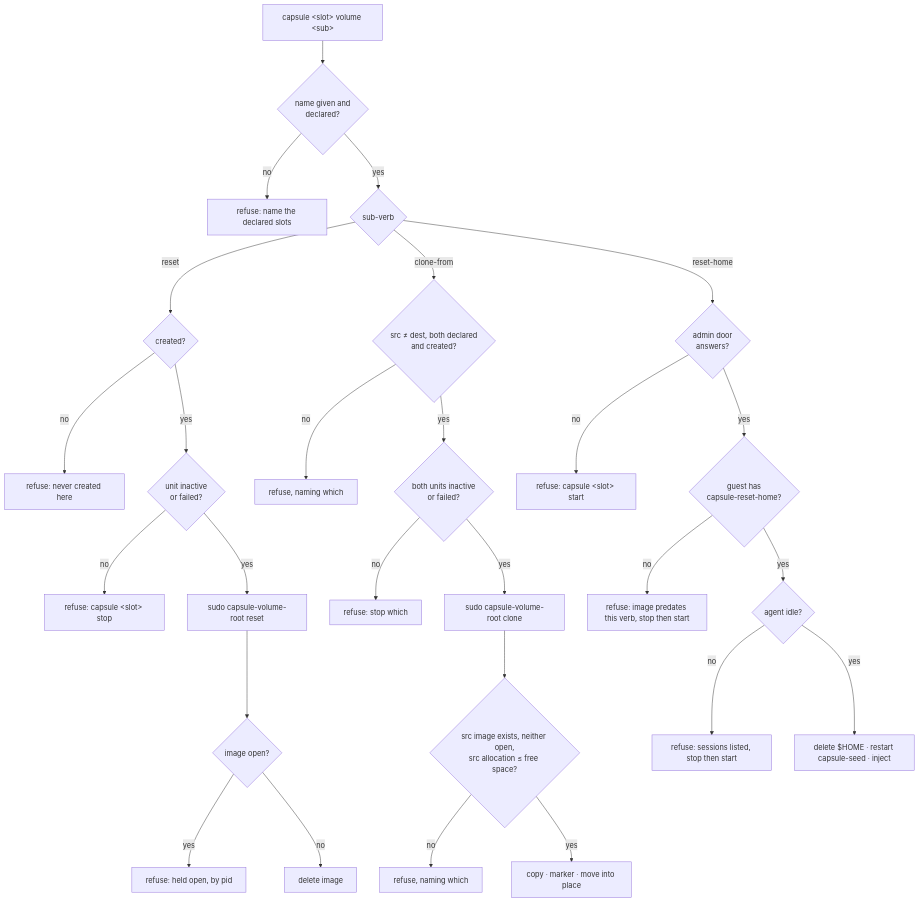
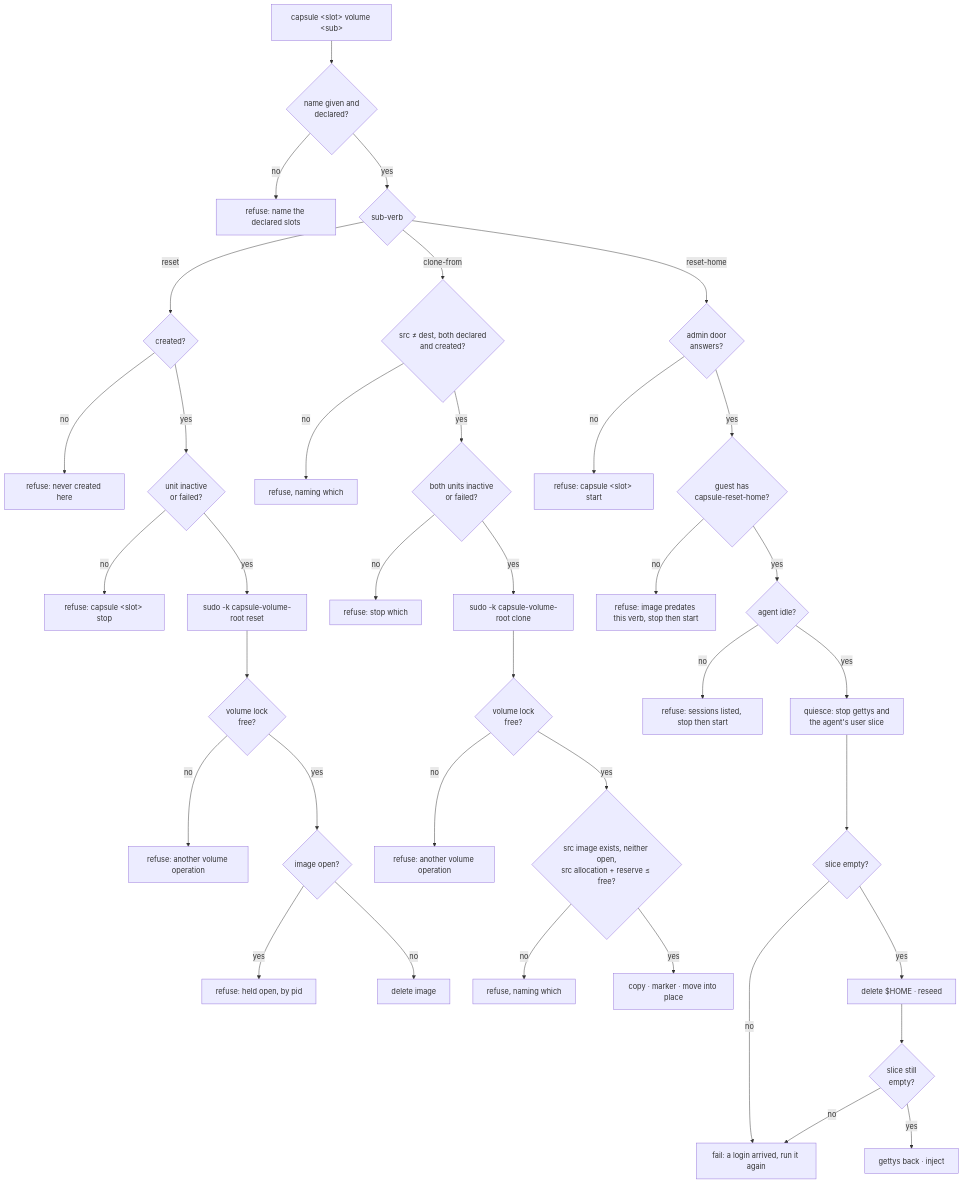
One commit to davidlee/oubliette changed the second of 3 diagrams in .doctrine/slice/002/design.md. Above: the diagram before and after it, drawn with Mermaid. The commit also changed other lines of this file and 19 other files, not shown here.

First line of the commit message:
fix: SL-002's reset-home quiesces the agent it cannot see, and one volume operation runs at a time

````diff
--- a/.doctrine/slice/002/design.md
+++ b/.doctrine/slice/002/design.md
@@ -109,32 +126,42 @@
 ```mermaid
 flowchart TD
   P["capsule &lt;slot&gt; volume &lt;sub&gt;"] --> N{"name given and<br/>declared?"}
   N -- no --> RN["refuse: name the declared slots"]
   N -- yes --> S{"sub-verb"}
 
   S -- reset --> C1{"created?"}
   C1 -- no --> RC["refuse: never created here"]
   C1 -- yes --> U1{"unit inactive<br/>or failed?"}
   U1 -- no --> RU["refuse: capsule &lt;slot&gt; stop"]
-  U1 -- yes --> H1["sudo capsule-volume-root reset"]
-  H1 --> F1{"image open?"}
+  U1 -- yes --> H1["sudo -k capsule-volume-root reset"]
+  H1 --> L1{"volume lock<br/>free?"}
+  L1 -- no --> RL1["refuse: another volume operation"]
+  L1 -- yes --> F1{"image open?"}
   F1 -- yes --> RF["refuse: held open, by pid"]
   F1 -- no --> D1["delete image"]
 
   S -- clone-from --> C2{"src ≠ dest, both declared<br/>and created?"}
   C2 -- no --> RC2["refuse, naming which"]
   C2 -- yes --> U2{"both units inactive<br/>or failed?"}
   U2 -- no --> RU2["refuse: stop which"]
-  U2 -- yes --> H2["sudo capsule-volume-root clone"]
-  H2 --> F2{"src image exists, neither open,<br/>src allocation ≤ free space?"}
+  U2 -- yes --> H2["sudo -k capsule-volume-root clone"]
+  H2 --> L2{"volume lock<br/>free?"}
+  L2 -- no --> RL2["refuse: another volume operation"]
+  L2 -- yes --> F2{"src image exists, neither open,<br/>src allocation + reserve ≤ free?"}
   F2 -- no --> RF2["refuse, naming which"]
   F2 -- yes --> D2["copy · marker · move into place"]
 
   S -- reset-home --> A{"admin door<br/>answers?"}
   A -- no --> RA["refuse: capsule &lt;slot&gt; start"]
   A -- yes --> G{"guest has<br/>capsule-reset-home?"}
   G -- no --> RG["refuse: image predates this verb, stop then start"]
   G -- yes --> B{"agent idle?"}
   B -- no --> RB["refuse: sessions listed, stop then start"]
-  B -- yes --> D3["delete $HOME · restart capsule-seed · inject"]
+  B -- yes --> Q["quiesce: stop gettys and<br/>the agent's user slice"]
+  Q --> Q2{"slice empty?"}
+  Q2 -- no --> RQ["fail: a login arrived, run it again"]
+  Q2 -- yes --> D3["delete $HOME · reseed"]
+  D3 --> Q3{"slice still<br/>empty?"}
+  Q3 -- no --> RQ
+  Q3 -- yes --> D4["gettys back · inject"]
 ```
````
